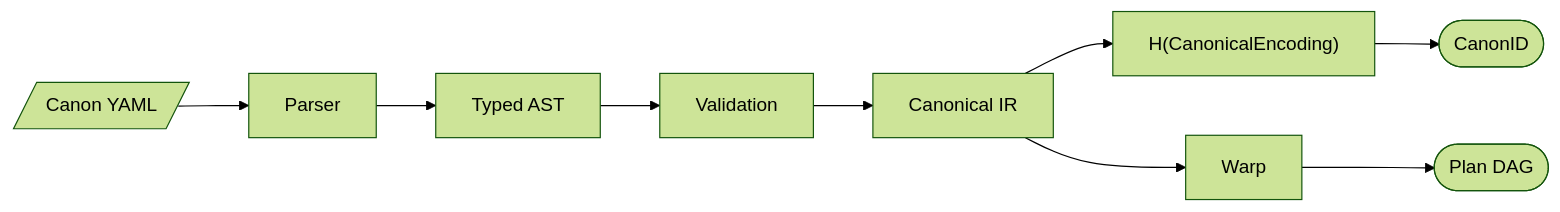
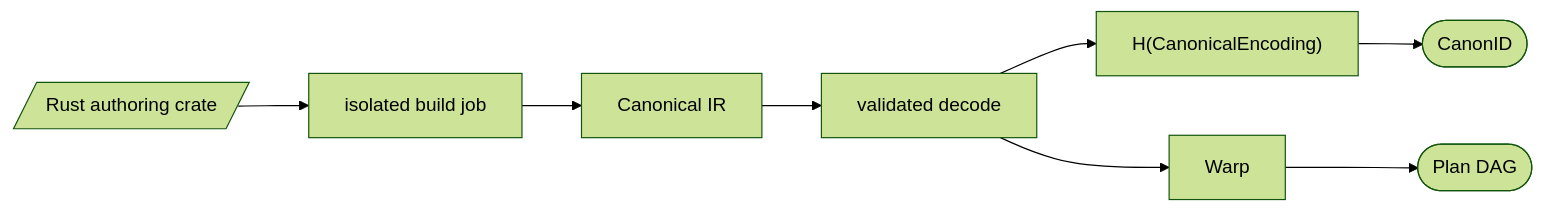
The first of 8 diagrams in docs/architecture/runtime.md (kmosoti/Nomos), drawn with Mermaid (forest theme) before and after one commit. The commit also changed other lines of this file and 9 other files, not shown here.

First line of the commit message:
Decide D1: Canon is authored in Rust and shipped as an inert IR

````diff
--- a/docs/architecture/runtime.md
+++ b/docs/architecture/runtime.md
@@ -7,6 +7,6 @@
 ```mermaid
 flowchart LR
-    Y[/"Canon YAML"/] --> P["Parser"] --> AST["Typed AST"] --> V["Validation"] --> IR["Canonical IR"]
-    IR --> H["H(CanonicalEncoding)"] --> CID(["CanonID"])
-    IR --> W["Warp"] --> DAG(["Plan DAG"])
+    R[/"Rust authoring crate"/] --> B["isolated build job"] --> IR["Canonical IR"]
+    IR --> V["validated decode"] --> H["H(CanonicalEncoding)"] --> CID(["CanonID"])
+    V --> W["Warp"] --> DAG(["Plan DAG"])
 ```
````
